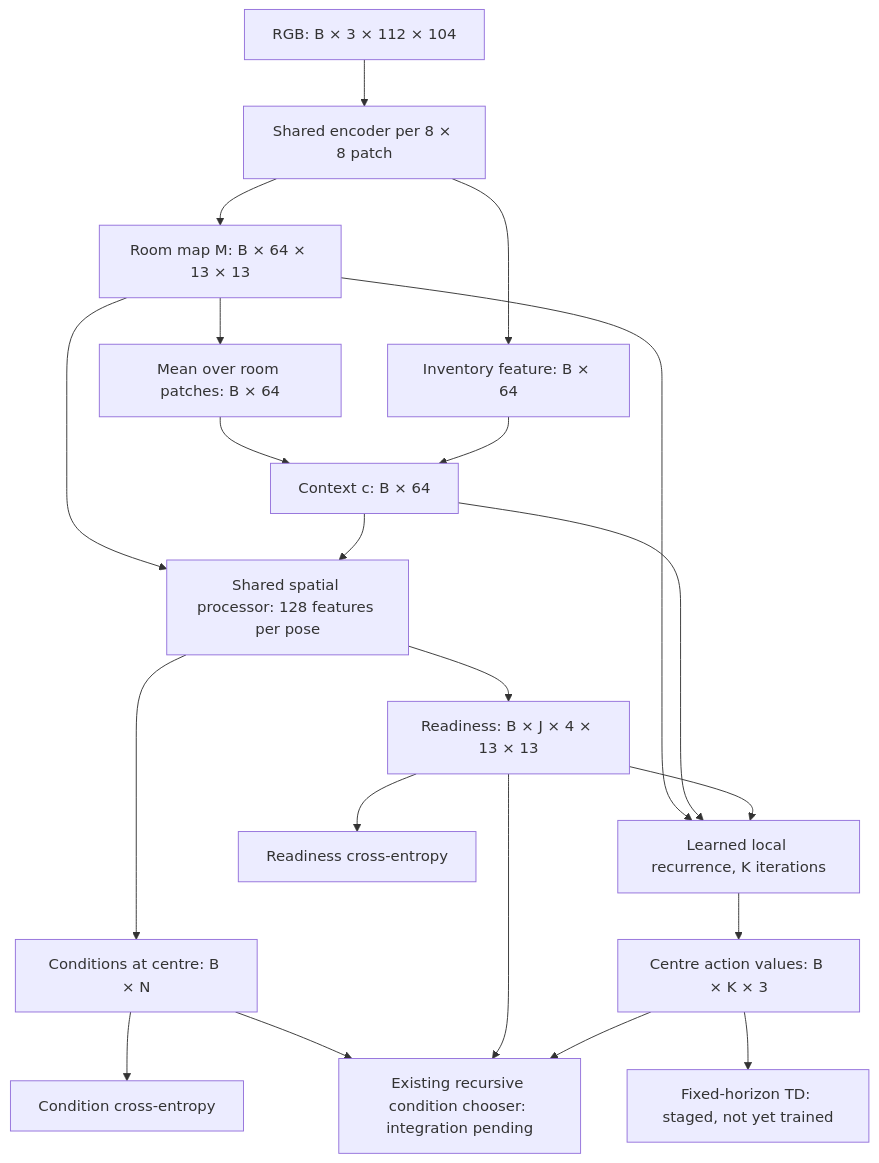
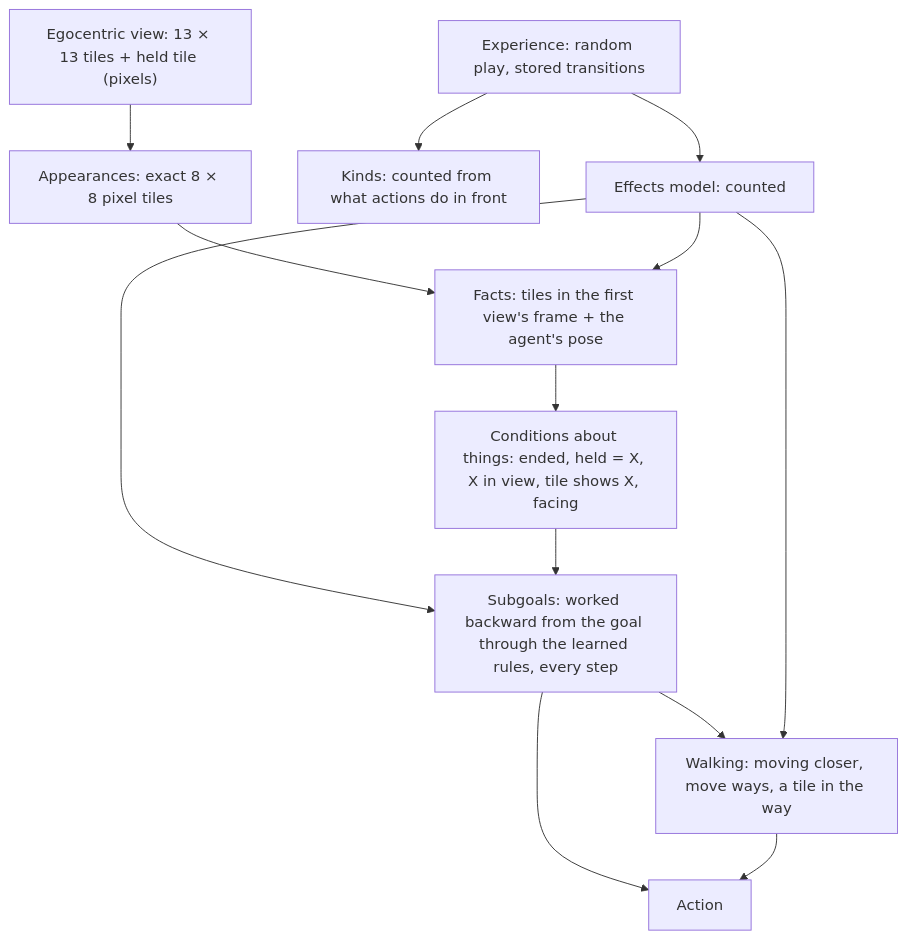
One commit to alfredricker/world-model changed the diagram in ARCHITECTURE.md. Above: the diagram before and after it, drawn with Mermaid. The commit also changed other lines of this file and 8 other files, not shown here.

````diff
--- a/ARCHITECTURE.md
+++ b/ARCHITECTURE.md
@@ -32,23 +32,15 @@
 ```mermaid
 flowchart TD
-    I["RGB: B × 3 × 112 × 104"] --> E["Shared encoder per 8 × 8 patch"]
-    E --> M["Room map M: B × 64 × 13 × 13"]
-    E --> U["Inventory feature: B × 64"]
-    M --> P["Mean over room patches: B × 64"]
-    P --> C["Context c: B × 64"]
-    U --> C
-    M --> S["Shared spatial processor: 128 features per pose"]
+    O["Egocentric view: 13 × 13 tiles + held tile (pixels)"] --> A["Appearances: exact 8 × 8 pixel tiles"]
+    X["Experience: random play, stored transitions"] --> K["Kinds: counted from what actions do in front"]
+    X --> E["Effects model: counted"]
+    A --> F["Facts: tiles in the first view's frame + the agent's pose"]
+    E --> F
+    F --> C["Conditions about things: ended, held = X, X in view, tile shows X, facing"]
+    E --> S["Subgoals: worked backward from the goal through the learned rules, every step"]
     C --> S
-    S --> L["Conditions at centre: B × N"]
-    S --> T["Readiness: B × J × 4 × 13 × 13"]
-    M --> V["Learned local recurrence, K iterations"]
-    C --> V
-    T --> V
-    V --> Q["Centre action values: B × K × 3"]
-    L --> CL["Condition cross-entropy"]
-    T --> TL["Readiness cross-entropy"]
-    Q --> QL["Fixed-horizon TD: staged, not yet trained"]
-    L --> A["Existing recursive condition chooser: integration pending"]
-    T --> A
-    Q --> A
+    S --> W["Walking: moving closer, move ways, a tile in the way"]
+    E --> W
+    S --> M["Action"]
+    W --> M
 ```
````
